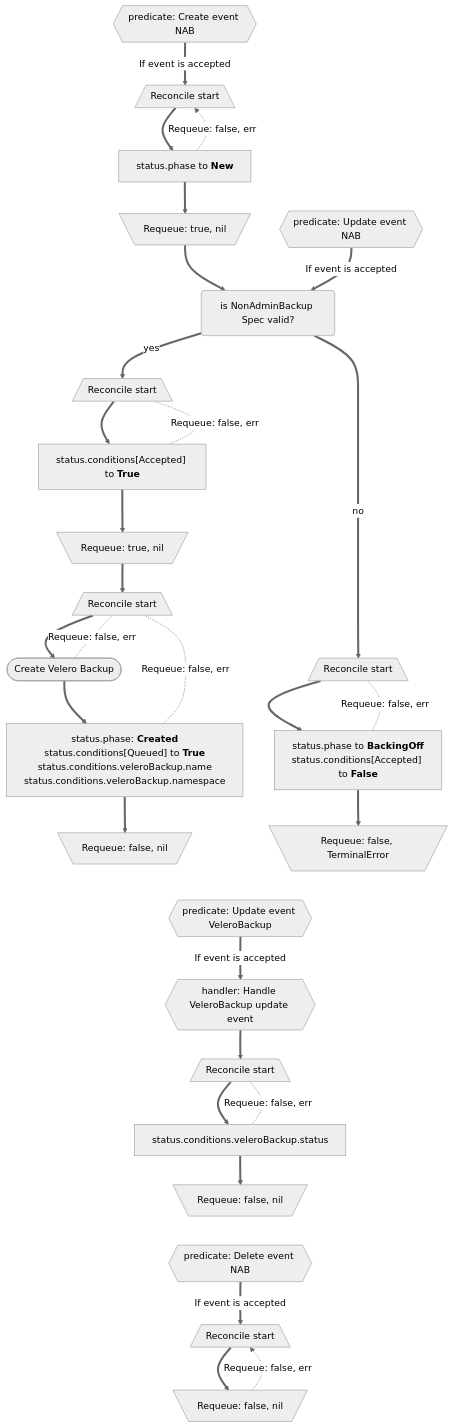
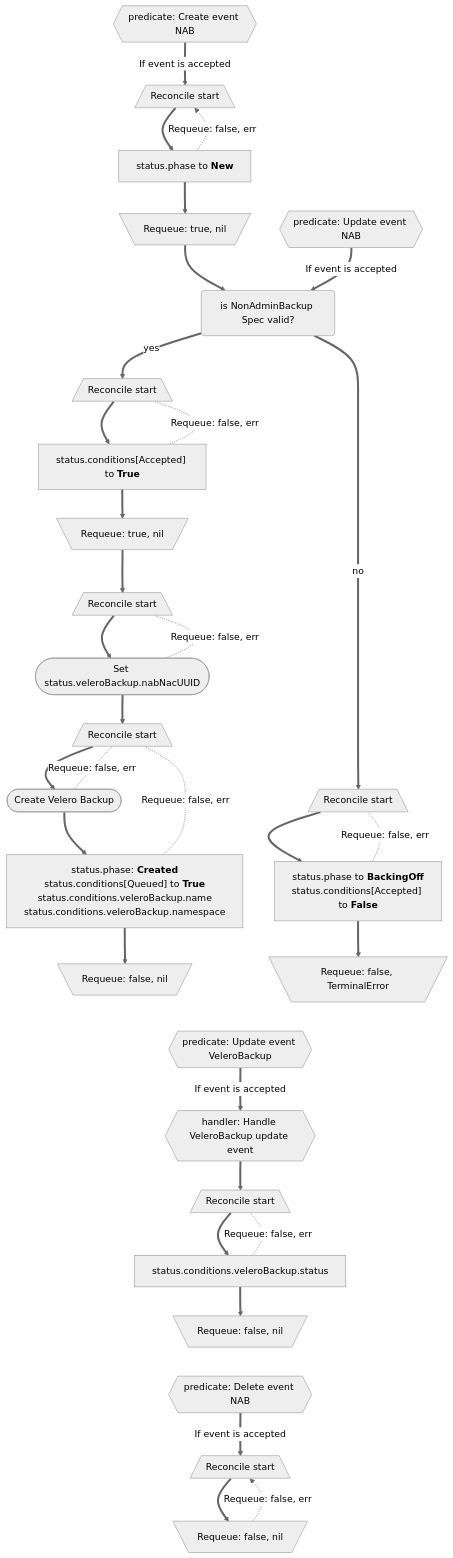
Before and after one commit to migtools/oadp-non-admin: the diagram in docs/design/nab_and_nar_status_update.md, drawn with Mermaid. The commit also changed other lines of this file and 7 other files, not shown here.

First line of the commit message:
Fix for #89 - Use custom UUID for NAB Object

````diff
--- a/docs/design/nab_and_nar_status_update.md
+++ b/docs/design/nab_and_nar_status_update.md
@@ -124,69 +124,78 @@
 ```mermaid
 %%{init: {'theme':'neutral'}}%%
 graph
 event1{{predicate: Create event NAB}} == If event is accepted ==>
 
 reconcileStart1[/Reconcile start\] ==>
 
 phaseNew["`status.phase to **New**`"] -. Requeue: false, err .-> reconcileStart1
 phaseNew ==>
 
 reconcileExit1[\Requeue: true, nil/]
 reconcileExit1 ==> question(is NonAdminBackup Spec valid?) == yes ==> reconcileStart2
 question == no ==> reconcileStartInvalid1
 
+
+
 reconcileStart2[/Reconcile start\] ==>
 
 conditionsAcceptedTrue["`status.conditions[Accepted] to **True**`"] -. Requeue: false, err .- reconcileStart2
+
 conditionsAcceptedTrue ==>
 
 reconcileExit2[\Requeue: true, nil/] ==>
 
 reconcileStart3[/Reconcile start\] ==>
 
-createVeleroBackup([Create Velero Backup]) -. Requeue: false, err .- reconcileStart3
+setVeleroBackupUUID([Set status.veleroBackup.nabNacUUID]) -. Requeue: false, err .- reconcileStart3
+
+setVeleroBackupUUID ==>
+
+reconcileStart4[/Reconcile start\] ==>
+
+createVeleroBackup([Create Velero Backup]) -. Requeue: false, err .- reconcileStart4
 createVeleroBackup ==>
 
 phaseCreated["`
 status.phase: **Created**
 status.conditions[Queued] to **True**
 status.conditions.veleroBackup.name
 status.conditions.veleroBackup.namespace
-`"] -. Requeue: false, err .- reconcileStart3
+`"] -. Requeue: false, err .- reconcileStart4
 phaseCreated ==>
 
 reconcileExit4[\Requeue: false, nil/]
 
 reconcileStartInvalid1[/Reconcile start\] ==>
 
 phaseBackingOff["`
 status.phase to **BackingOff**
 status.conditions[Accepted] to **False**
 `"] -. Requeue: false, err .- reconcileStartInvalid1
 phaseBackingOff ==>
 
 reconcileExitInvalid1[\Requeue: false, TerminalError/]
 
 reconcileExit4 ~~~ event2
 reconcileExitInvalid1 ~~~ event2
 
 event2{{predicate: Update event VeleroBackup}} == If event is accepted ==>
 handler1{{handler: Handle VeleroBackup update event}} ==> reconcileStart5
 
 reconcileStart5[/Reconcile start\] ==> conditionsVeleroBackupStatus
 
 conditionsVeleroBackupStatus["`status.conditions.veleroBackup.status`"] -. Requeue: false, err .- reconcileStart5
 conditionsVeleroBackupStatus ==>
 
 reconcileExit5[\Requeue: false, nil/]
 
 reconcileExit5 ~~~ event3
 
 event3{{predicate: Delete event NAB}} == If event is accepted ==>
 
 reconcileDelete1[/Reconcile start\] ==>
 
 reconcileExitDelete1[\Requeue: false, nil/] -. Requeue: false, err .-> reconcileDelete1
 
 event4{{predicate: Update event NAB}} == If event is accepted ==> question
 ```
````
